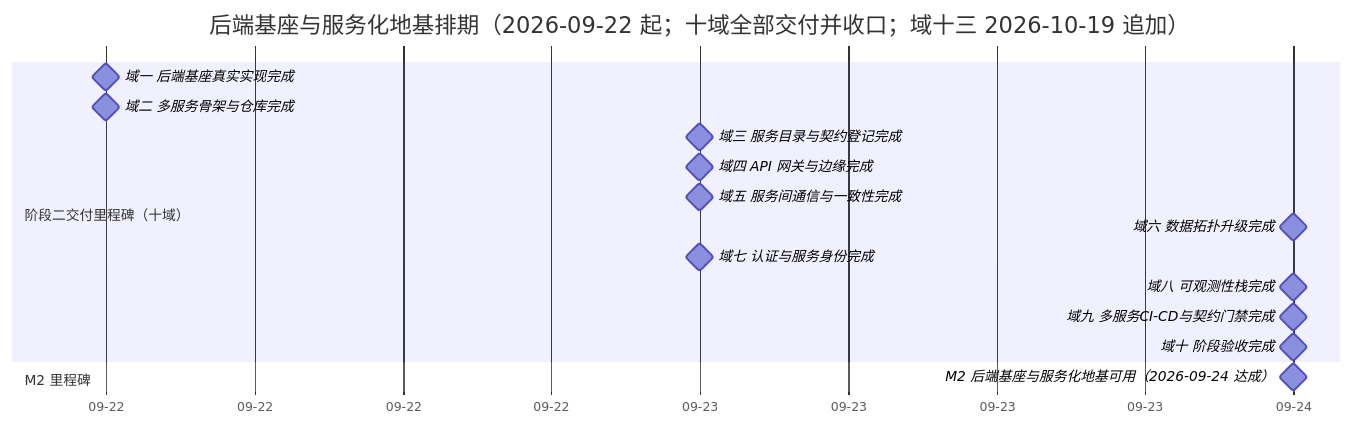
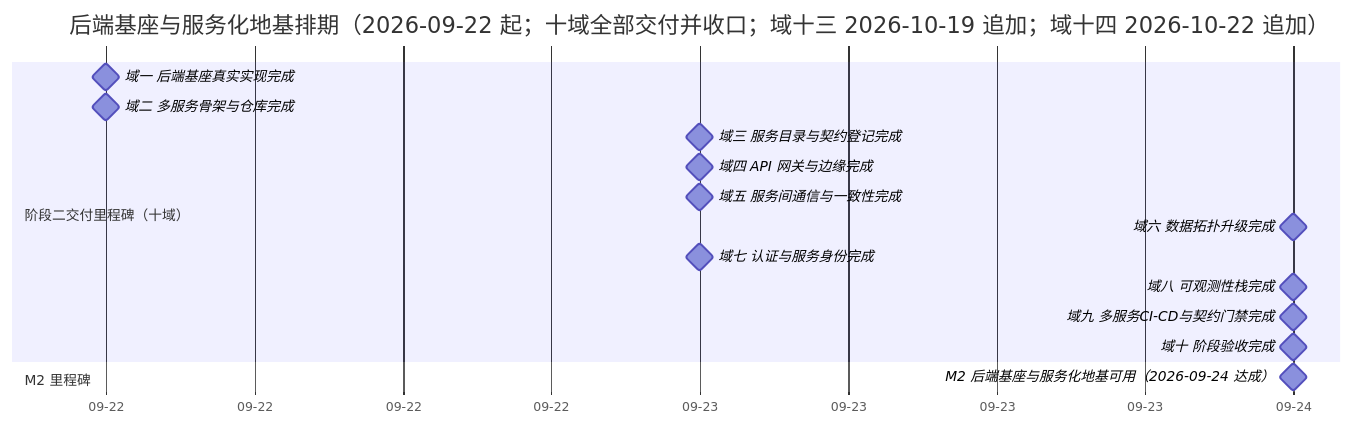
One commit to minjian123/basic-management-system changed the diagram in bms文档/项目/02_后端基座与服务化地基/计划/01_计划_后端基座与服务化地基.md. Above: the diagram before and after it, drawn with Mermaid. The commit also changed other lines of this file and 7 other files, not shown here.

````diff
--- a/bms文档/项目/02_后端基座与服务化地基/计划/01_计划_后端基座与服务化地基.md
+++ b/bms文档/项目/02_后端基座与服务化地基/计划/01_计划_后端基座与服务化地基.md
@@ -89,19 +92,19 @@
 ```mermaid
 gantt
-    title 后端基座与服务化地基排期（2026-09-22 起；十域全部交付并收口；域十三 2026-10-19 追加）
+    title 后端基座与服务化地基排期（2026-09-22 起；十域全部交付并收口；域十三 2026-10-19 追加；域十四 2026-10-22 追加）
     dateFormat  YYYY-MM-DD
     axisFormat %m-%d
     section 阶段二交付里程碑（十域）
     域一 后端基座真实实现完成 :milestone, m01, 2026-09-22, 0d
     域二 多服务骨架与仓库完成 :milestone, m02, 2026-09-22, 0d
     域三 服务目录与契约登记完成 :milestone, m03, 2026-09-23, 0d
     域四 API 网关与边缘完成 :milestone, m04, 2026-09-23, 0d
     域五 服务间通信与一致性完成 :milestone, m05, 2026-09-23, 0d
     域六 数据拓扑升级完成 :milestone, m06, 2026-09-24, 0d
     域七 认证与服务身份完成 :milestone, m07, 2026-09-23, 0d
     域八 可观测性栈完成 :milestone, m08, 2026-09-24, 0d
     域九 多服务CI-CD与契约门禁完成 :milestone, m09, 2026-09-24, 0d
     域十 阶段验收完成 :milestone, m10, 2026-09-24, 0d
     section M2 里程碑
     M2 后端基座与服务化地基可用（2026-09-24 达成） :milestone, mm2, 2026-09-24, 0d
 ```
````
